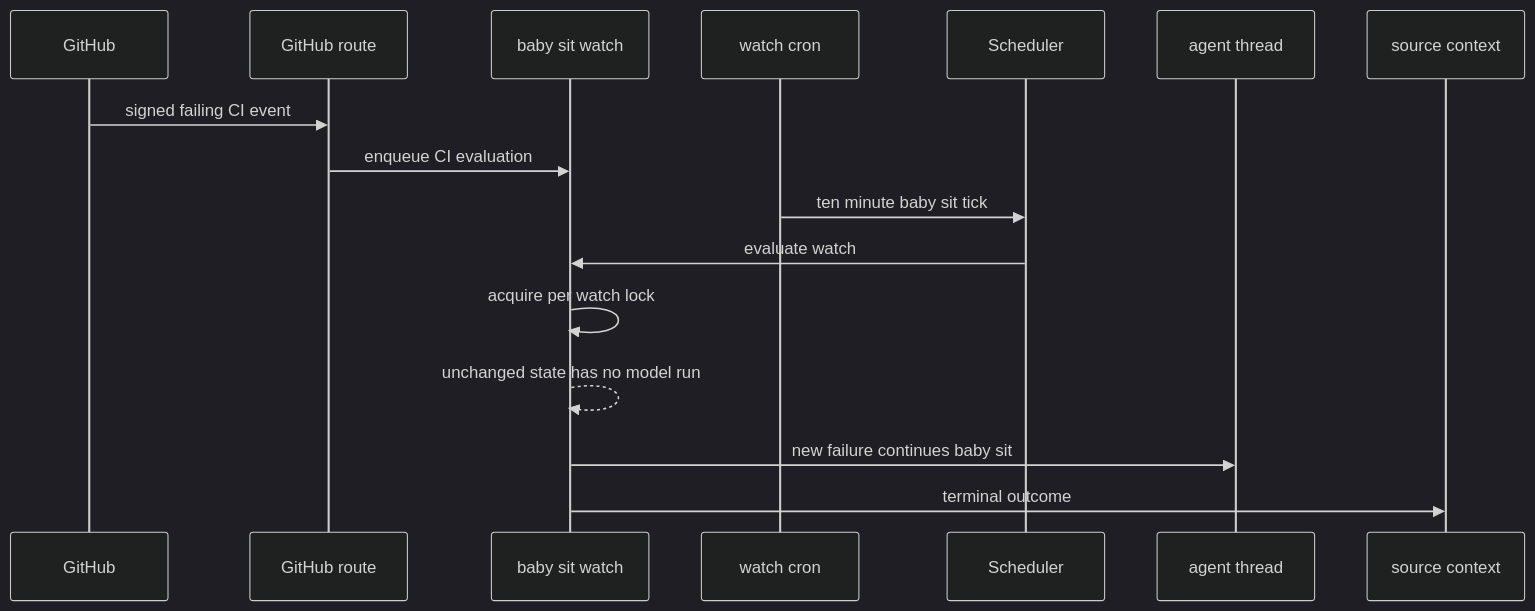
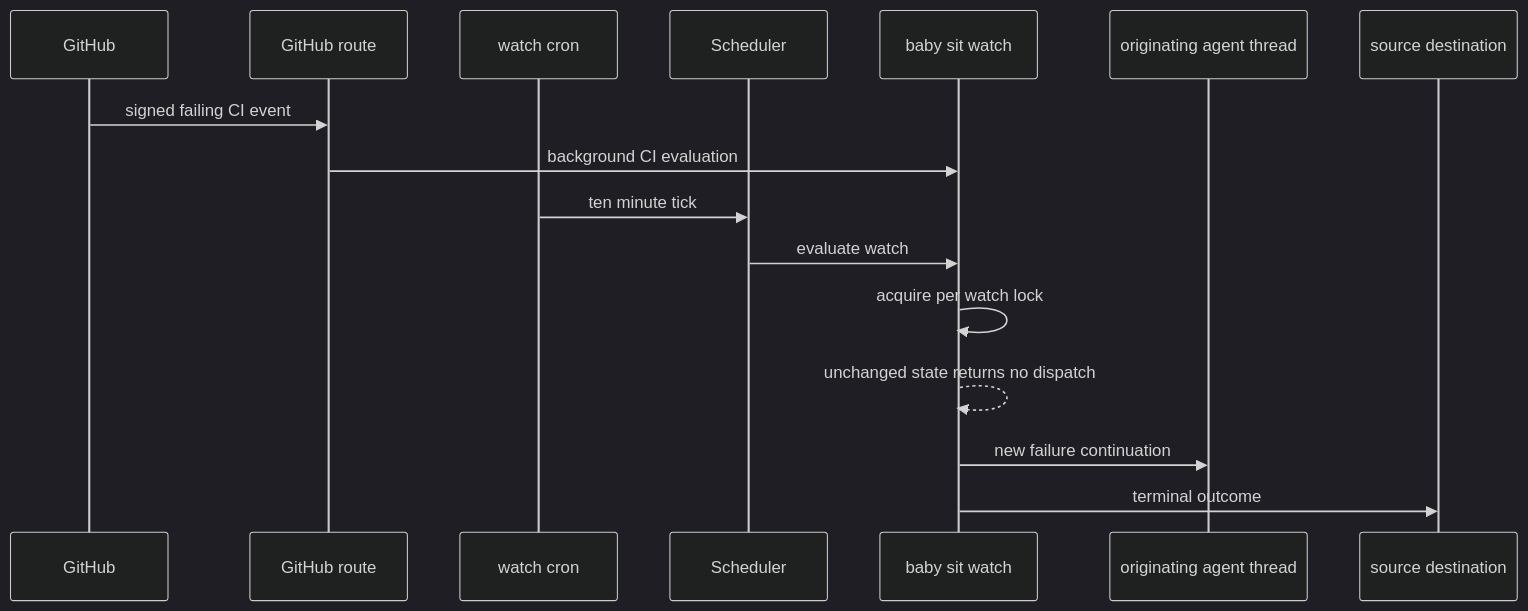
Before and after one commit to langchain-ai/open-swe: the second of 2 diagrams in openwiki/workflows/scheduling-and-baby-sit.md, drawn with Mermaid (dark theme). The commit also changed other lines of this file and 51 other files, not shown here.

````diff
--- a/openwiki/workflows/scheduling-and-baby-sit.md
+++ b/openwiki/workflows/scheduling-and-baby-sit.md
@@ -127,19 +136,19 @@
 ```mermaid
 sequenceDiagram
   participant GitHub
   participant Route as GitHub route
-  participant Watcher as baby sit watch
   participant Cron as watch cron
   participant Scheduler
-  participant Thread as agent thread
-  participant Source as source context
+  participant Watcher as baby sit watch
+  participant AgentThread as originating agent thread
+  participant Source as source destination
 
   GitHub->>Route: signed failing CI event
-  Route->>Watcher: enqueue CI evaluation
-  Cron->>Scheduler: ten minute baby sit tick
+  Route->>Watcher: background CI evaluation
+  Cron->>Scheduler: ten minute tick
   Scheduler->>Watcher: evaluate watch
   Watcher->>Watcher: acquire per watch lock
-  Watcher-->>Watcher: unchanged state has no model run
-  Watcher->>Thread: new failure continues baby sit
+  Watcher-->>Watcher: unchanged state returns no dispatch
+  Watcher->>AgentThread: new failure continuation
   Watcher->>Source: terminal outcome
 ```
````
